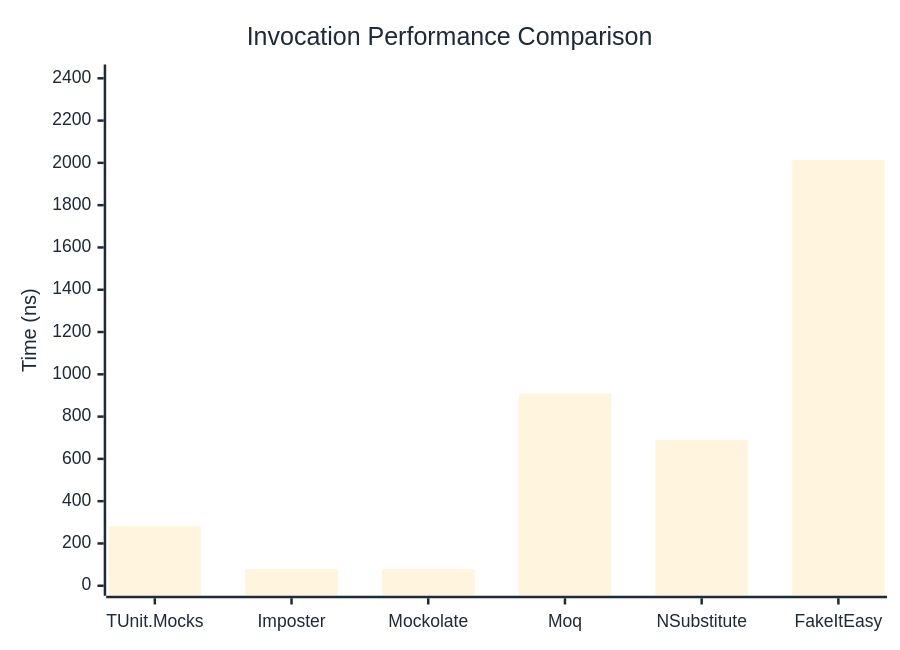
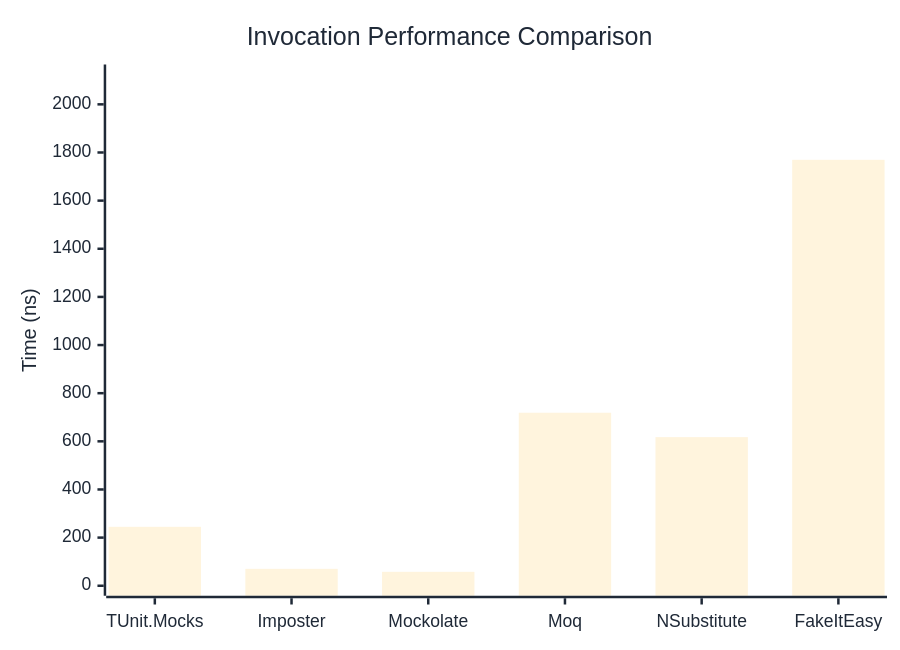
One commit to thomhurst/TUnit changed the first of 3 diagrams in docs/docs/benchmarks/mocks/Invocation.md. Above: the diagram before and after it, drawn with Mermaid. The commit also changed other lines of this file and 14 other files, not shown here.

````diff
--- a/docs/docs/benchmarks/mocks/Invocation.md
+++ b/docs/docs/benchmarks/mocks/Invocation.md
@@ -30,27 +30,27 @@
 ```mermaid
 %%{init: {
   'theme':'base',
   'themeVariables': {
     'primaryColor': '#2563eb',
     'primaryTextColor': '#1f2937',
     'primaryBorderColor': '#1e40af',
     'lineColor': '#6b7280',
     'secondaryColor': '#7c3aed',
     'tertiaryColor': '#dc2626',
     'background': '#ffffff',
     'pie1': '#2563eb',
     'pie2': '#7c3aed',
     'pie3': '#dc2626',
     'pie4': '#f59e0b',
     'pie5': '#10b981',
     'pie6': '#06b6d4',
     'pie7': '#ec4899',
     'pie8': '#6366f1'
   }
 }}%%
 xychart-beta
   title "Invocation Performance Comparison"
   x-axis ["TUnit.Mocks", "Imposter", "Mockolate", "Moq", "NSubstitute", "FakeItEasy"]
-  y-axis "Time (ns)" 0 --> 2418
-  bar [282.52, 79.14, 78.49, 909.17, 688.53, 2014.7]
+  y-axis "Time (ns)" 0 --> 2124
+  bar [244.88, 70.27, 57.85, 718.75, 617.48, 1769.59]
 ```
````
